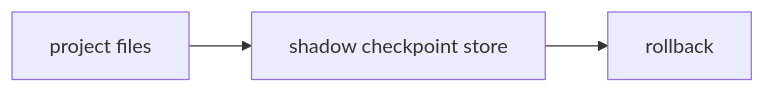
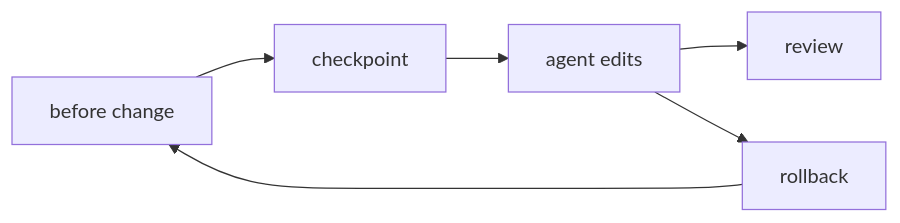
One commit to goura32/techbook changed the sixth of 7 diagrams in books/hermes-agent-practical/figures-final.md. Above: the diagram before and after it, drawn with Mermaid. The commit also changed other lines of this file and 29 other files, not shown here.

````diff
--- a/books/hermes-agent-practical/figures-final.md
+++ b/books/hermes-agent-practical/figures-final.md
@@ -79,5 +153,8 @@
 ```mermaid
 flowchart LR
-  A["project files"] --> B["shadow checkpoint store"]
-  B --> C["rollback"]
+  A["before change"] --> B["checkpoint"]
+  B --> C["agent edits"]
+  C --> D["review"]
+  C --> E["rollback"]
+  E --> A
 ```
````
